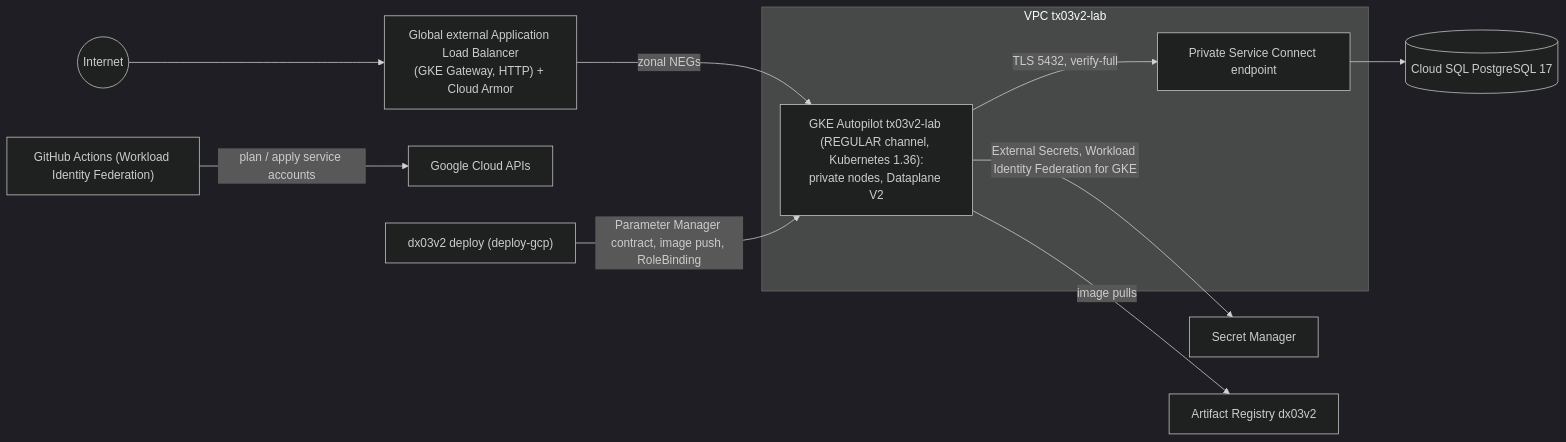
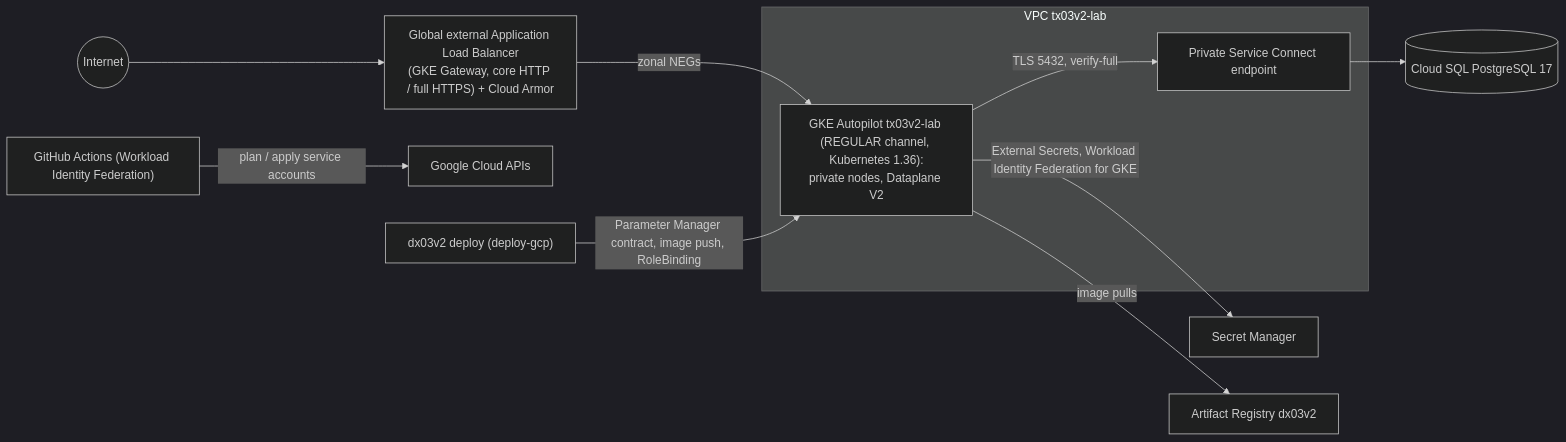
Before and after one commit to maringelix/tx03v2: the diagram in README.md, drawn with Mermaid (dark theme). The commit also changed other lines of this file and 80 other files, not shown here.

````diff
--- a/README.md
+++ b/README.md
@@ -73,14 +73,14 @@
 ```mermaid
 flowchart LR
-  internet((Internet)) --> lb["Global external Application Load Balancer<br/>(GKE Gateway, HTTP) + Cloud Armor"]
+  internet((Internet)) --> lb["Global external Application Load Balancer<br/>(GKE Gateway, core HTTP / full HTTPS) + Cloud Armor"]
   subgraph vpc["VPC tx03v2-lab"]
     gke["GKE Autopilot tx03v2-lab (REGULAR channel, Kubernetes 1.36):<br/>private nodes, Dataplane V2"]
     psc["Private Service Connect endpoint"]
   end
   lb -->|zonal NEGs| gke
   gke -->|TLS 5432, verify-full| psc --> sql[("Cloud SQL PostgreSQL 17")]
   gke -->|External Secrets, Workload Identity Federation for GKE| sm["Secret Manager"]
   gke -->|image pulls| ar["Artifact Registry dx03v2"]
   gha["GitHub Actions (Workload Identity Federation)"] -->|plan / apply service accounts| apis["Google Cloud APIs"]
   dx["dx03v2 deploy (deploy-gcp)"] -->|Parameter Manager contract, image push, RoleBinding| gke
 ```
````
